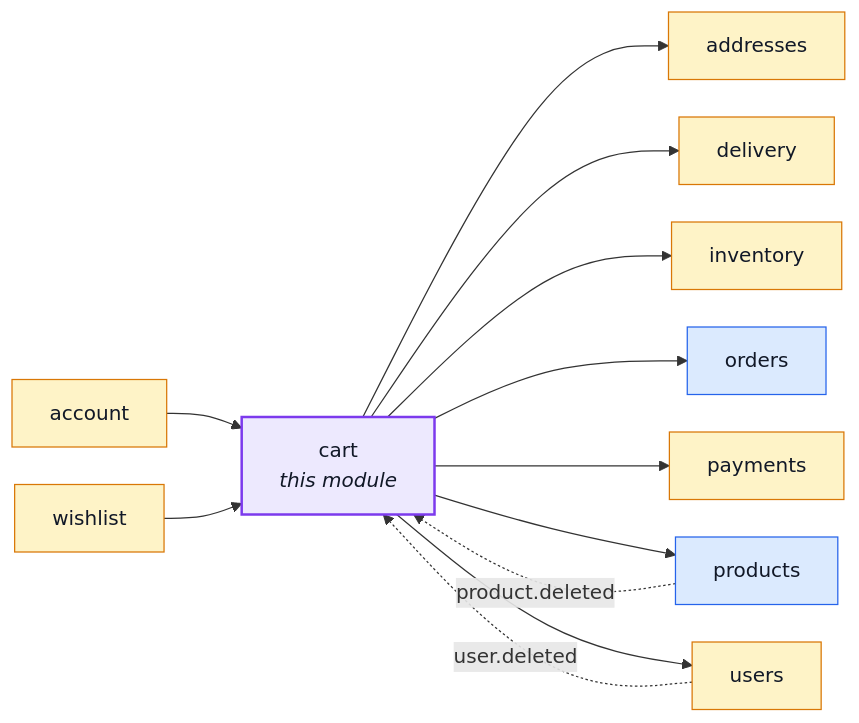
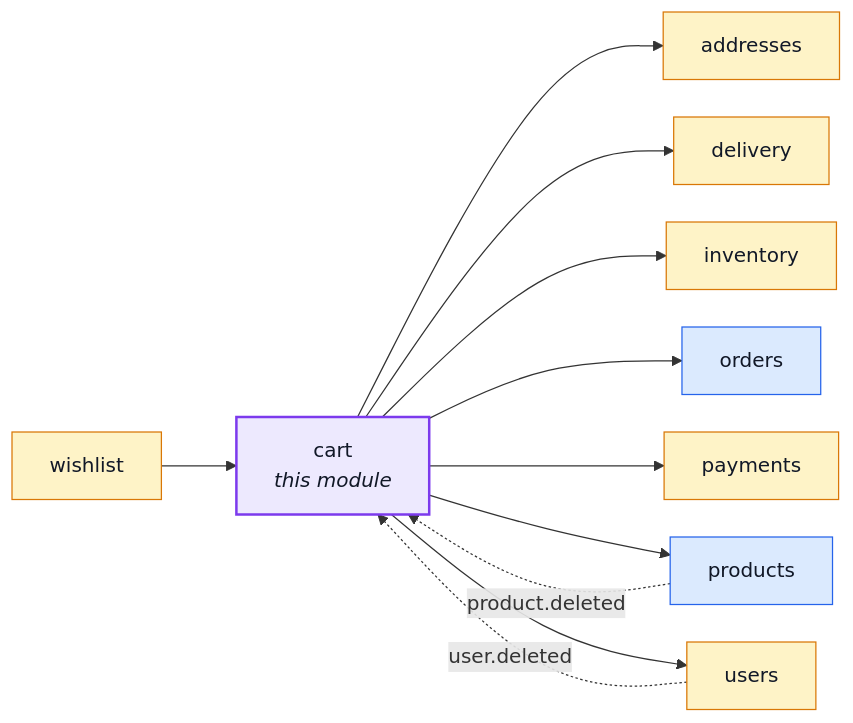
One commit to Guebbit/boilerplate-node-backend changed the first of 2 diagrams in docs/modules/cart.md. Above: the diagram before and after it, drawn with Mermaid. The commit also changed 35 other files, not shown here.

````diff
--- a/docs/modules/cart.md
+++ b/docs/modules/cart.md
@@ -16,34 +16,32 @@
 ```mermaid
 %%{init: {'flowchart': {'nodeSpacing': 30, 'rankSpacing': 60}}}%%
 flowchart LR
     cart["cart<br/><i>this module</i>"]
-    account["account"]
     addresses["addresses"]
     delivery["delivery"]
     inventory["inventory"]
     orders["orders"]
     payments["payments"]
     products["products"]
     users["users"]
     wishlist["wishlist"]
 
-    account --> cart
     wishlist --> cart
     cart --> addresses
     cart --> delivery
     cart --> inventory
     cart --> orders
     cart --> payments
     cart --> products
     cart --> users
     products -. "product.deleted" .-> cart
     users -. "user.deleted" .-> cart
 
     classDef core fill:#dbeafe,stroke:#2563eb,color:#111827;
     classDef supporting fill:#fef3c7,stroke:#d97706,color:#111827;
     classDef generic fill:#dcfce7,stroke:#16a34a,color:#111827;
     classDef centre fill:#ede9fe,stroke:#7c3aed,stroke-width:2px,color:#111827;
     class orders,products core;
-    class account,addresses,delivery,inventory,payments,users,wishlist supporting;
+    class addresses,delivery,inventory,payments,users,wishlist supporting;
     class cart centre;
 ```
````
